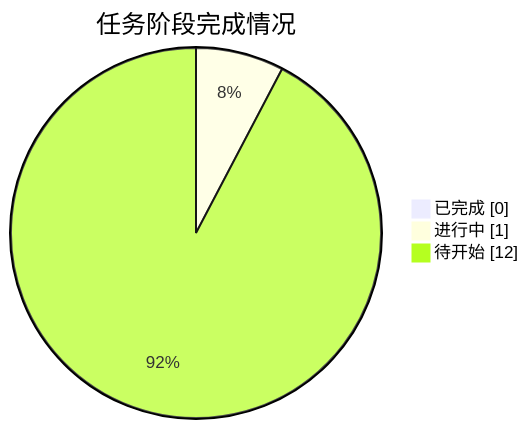
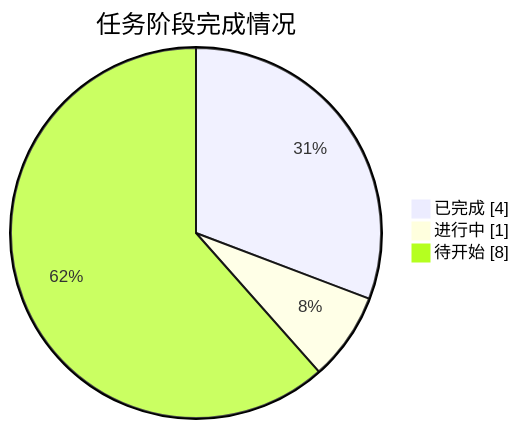
One commit to J-met77/AAW-mathorcup-2025-B-1 changed the diagram in README.md. Above: the diagram before and after it, drawn with Mermaid. The commit also changed other lines of this file and 20 other files, not shown here.

````diff
--- a/README.md
+++ b/README.md
@@ -27,7 +27,7 @@
 ```mermaid
 pie showData
     title 任务阶段完成情况
-    "已完成" : 0
+    "已完成" : 4
     "进行中" : 1
-    "待开始" : 12
+    "待开始" : 8
 ```
````
